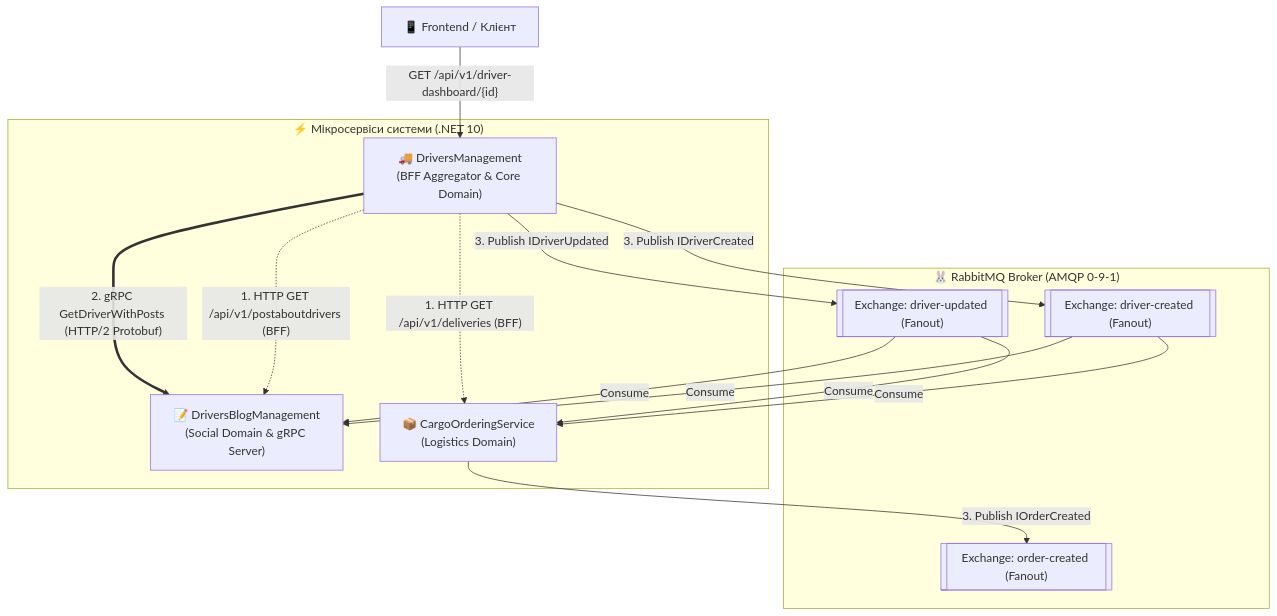
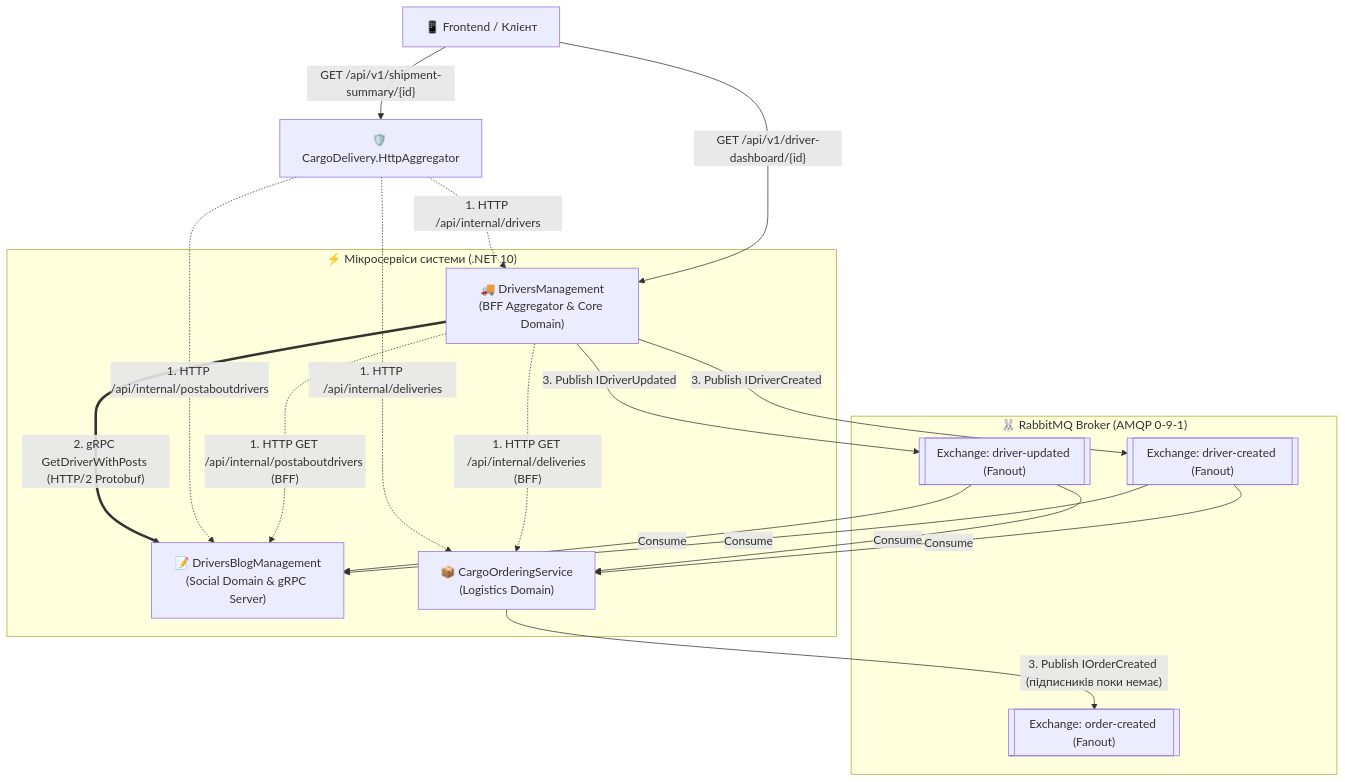
The first of 4 diagrams in 02-Microservices-Craftsman/02-02-Communication-Documentation/00_Communication_Matrix_Quick_Reference.md (MrTomkaYurii/Demo-CargoDeliveryService), drawn with Mermaid before and after one commit. The commit also changed other lines of this file and 227 other files, not shown here.

````diff
--- a/02-Microservices-Craftsman/02-02-Communication-Documentation/00_Communication_Matrix_Quick_Reference.md
+++ b/02-Microservices-Craftsman/02-02-Communication-Documentation/00_Communication_Matrix_Quick_Reference.md
@@ -15,33 +17,37 @@
 ```mermaid
 flowchart TD
     Client["📱 Frontend / Клієнт"] -->|"GET /api/v1/driver-dashboard/{id}"| DM
+    Client -->|"GET /api/v1/shipment-summary/{id}"| AGG["🛡️ CargoDelivery.HttpAggregator"]
 
     subgraph CoreServices ["⚡ Мікросервіси системи (.NET 10)"]
         DM["🚚 DriversManagement<br/>(BFF Aggregator & Core Domain)"]
         DB["📝 DriversBlogManagement<br/>(Social Domain & gRPC Server)"]
         CO["📦 CargoOrderingService<br/>(Logistics Domain)"]
     end
 
     subgraph RabbitMQ ["🐰 RabbitMQ Broker (AMQP 0-9-1)"]
         Ex_Created[["Exchange: driver-created (Fanout)"]]
         Ex_Updated[["Exchange: driver-updated (Fanout)"]]
         Ex_Order[["Exchange: order-created (Fanout)"]]
     end
 
     %% 1. HTTP Aggregator (BFF)
-    DM -.->|"1. HTTP GET /api/v1/deliveries (BFF)"| CO
-    DM -.->|"1. HTTP GET /api/v1/postaboutdrivers (BFF)"| DB
+    DM -.->|"1. HTTP GET /api/internal/deliveries (BFF)"| CO
+    DM -.->|"1. HTTP GET /api/internal/postaboutdrivers (BFF)"| DB
+    AGG -.->|"1. HTTP /api/internal/drivers"| DM
+    AGG -.->|"1. HTTP /api/internal/deliveries"| CO
+    AGG -.->|"1. HTTP /api/internal/postaboutdrivers"| DB
 
     %% 2. gRPC RPC
     DM ==>|"2. gRPC GetDriverWithPosts (HTTP/2 Protobuf)"| DB
 
     %% 3. RabbitMQ EDA
     DM -->|"3. Publish IDriverCreated"| Ex_Created
     DM -->|"3. Publish IDriverUpdated"| Ex_Updated
-    CO -->|"3. Publish IOrderCreated"| Ex_Order
+    CO -->|"3. Publish IOrderCreated (підписників поки немає)"| Ex_Order
 
     Ex_Created -->|"Consume"| DB
     Ex_Created -->|"Consume"| CO
     Ex_Updated -->|"Consume"| DB
     Ex_Updated -->|"Consume"| CO
 ```
````
